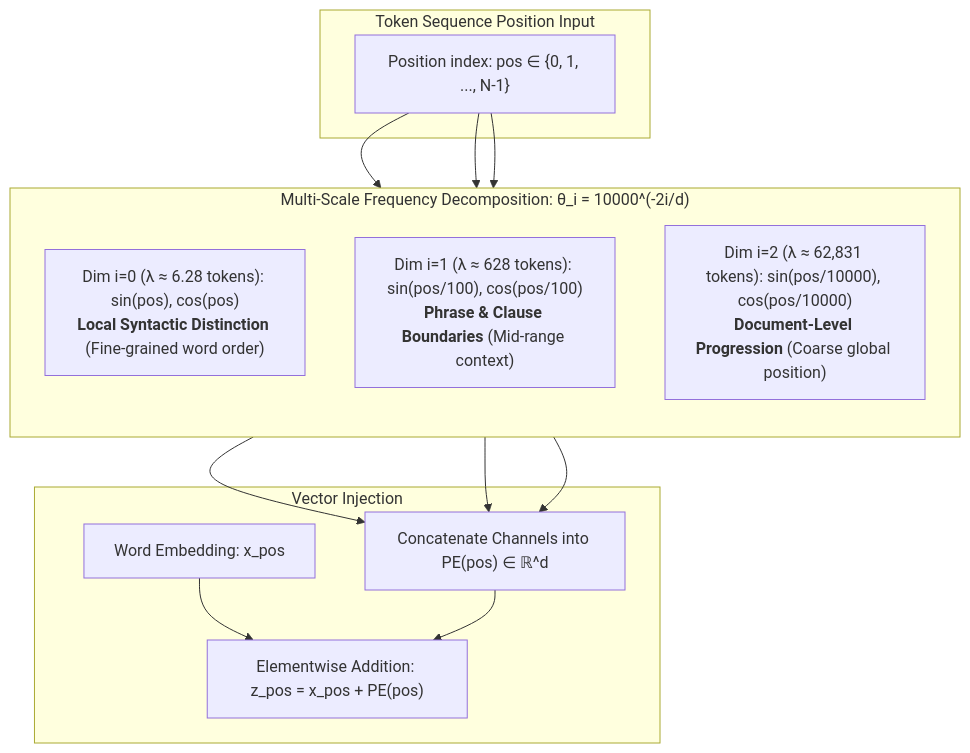
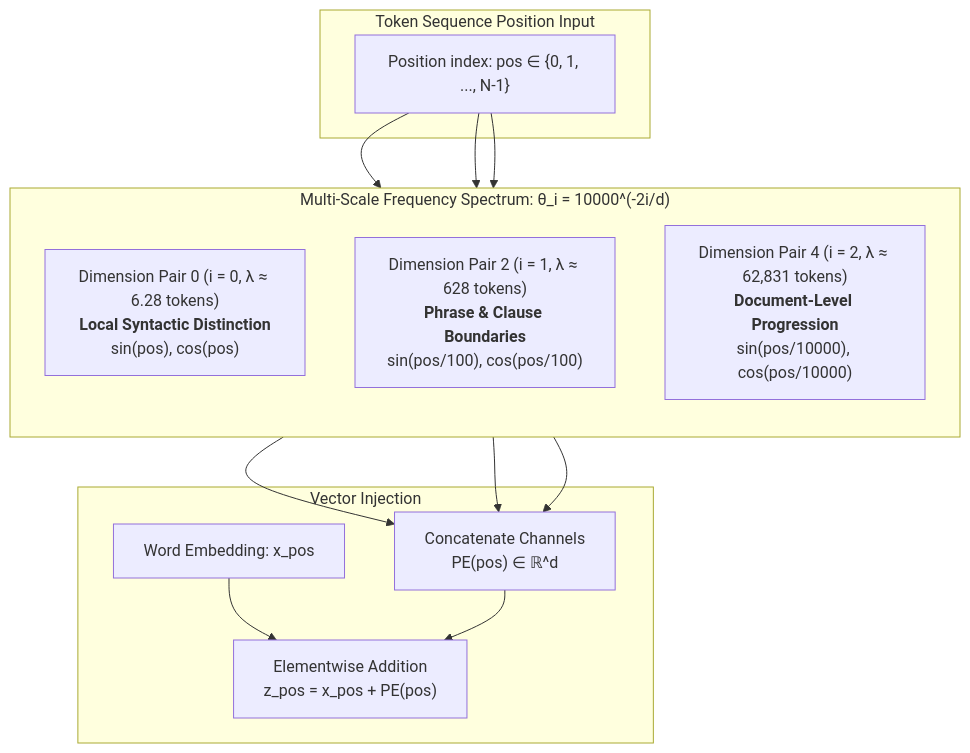
One commit to shotsan/llmnerd changed the second of 3 diagrams in content/foundations/positional_encoding.md. Above: the diagram before and after it, drawn with Mermaid. The commit also changed other lines of this file and 7 other files, not shown here.

Commit message:
style(mermaid): upgrade diagram aesthetics with modern card wrapper, themeVariables, and refined typography

````diff
--- a/content/foundations/positional_encoding.md
+++ b/content/foundations/positional_encoding.md
@@ -104,25 +104,25 @@
 ```mermaid
 graph TD
     subgraph PosInput["Token Sequence Position Input"]
         Pos["Position index: pos ∈ {0, 1, ..., N-1}"]
     end
 
-    subgraph Spectrum["Multi-Scale Frequency Decomposition: θ_i = 10000^(-2i/d)"]
+    subgraph Spectrum["Multi-Scale Frequency Spectrum: θ_i = 10000^(-2i/d)"]
         direction TB
-        Dim0["Dim i=0 (λ ≈ 6.28 tokens): sin(pos), cos(pos)<br/><b>Local Syntactic Distinction</b> (Fine-grained word order)"]
-        Dim1["Dim i=1 (λ ≈ 628 tokens): sin(pos/100), cos(pos/100)<br/><b>Phrase & Clause Boundaries</b> (Mid-range context)"]
-        Dim2["Dim i=2 (λ ≈ 62,831 tokens): sin(pos/10000), cos(pos/10000)<br/><b>Document-Level Progression</b> (Coarse global position)"]
+        Dim0["Dimension Pair 0 (i = 0, λ ≈ 6.28 tokens)<br/><b>Local Syntactic Distinction</b><br/>sin(pos), cos(pos)"]
+        Dim1["Dimension Pair 2 (i = 1, λ ≈ 628 tokens)<br/><b>Phrase & Clause Boundaries</b><br/>sin(pos/100), cos(pos/100)"]
+        Dim2["Dimension Pair 4 (i = 2, λ ≈ 62,831 tokens)<br/><b>Document-Level Progression</b><br/>sin(pos/10000), cos(pos/10000)"]
     end
 
     Pos --> Dim0
     Pos --> Dim1
     Pos --> Dim2
 
     subgraph Assembly["Vector Injection"]
-        Dim0 --> Concat["Concatenate Channels into PE(pos) ∈ ℝ^d"]
+        Dim0 --> Concat["Concatenate Channels<br/>PE(pos) ∈ ℝ^d"]
         Dim1 --> Concat
         Dim2 --> Concat
-        Word["Word Embedding: x_pos"] --> Add["Elementwise Addition: z_pos = x_pos + PE(pos)"]
+        Word["Word Embedding: x_pos"] --> Add["Elementwise Addition<br/>z_pos = x_pos + PE(pos)"]
         Concat --> Add
     end
 ```
````
